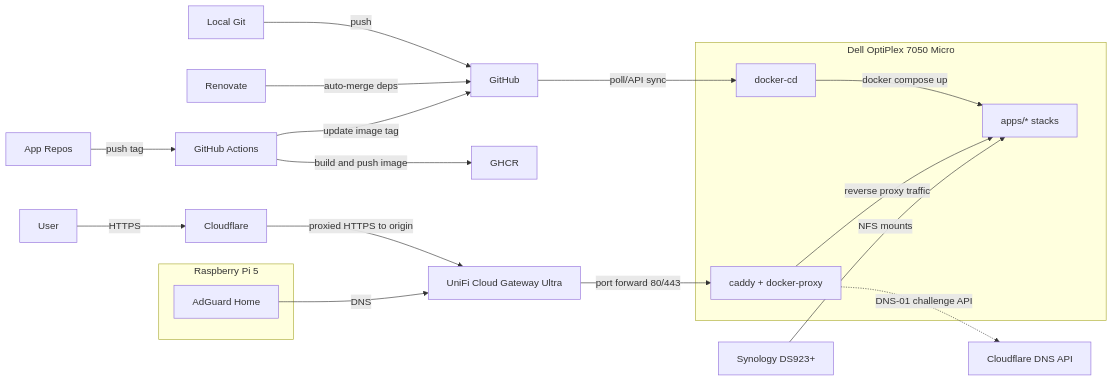
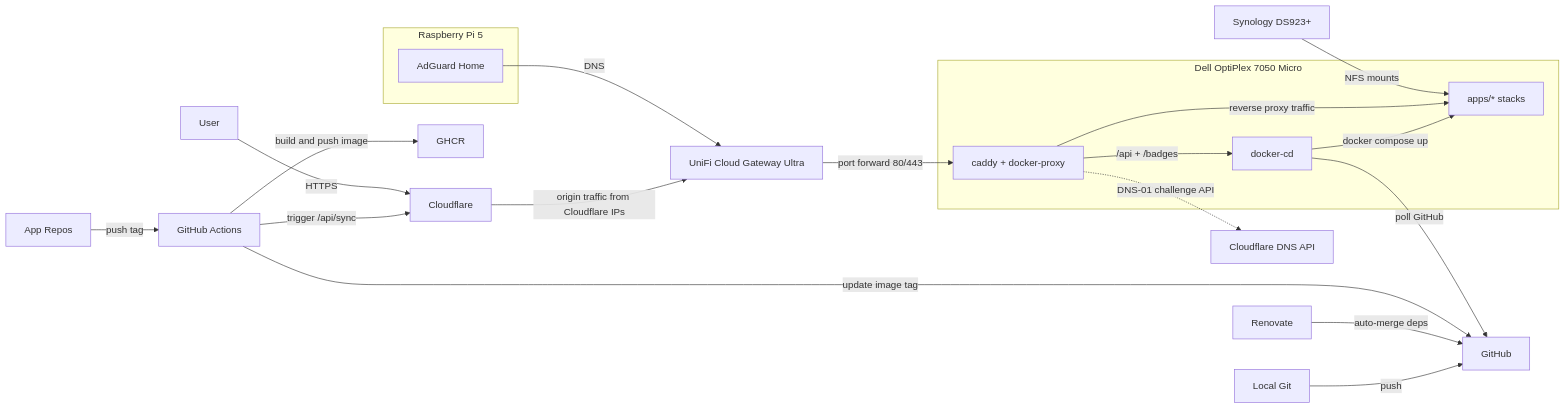
One commit to wajeht/home-ops changed the diagram in README.md. Above: the diagram before and after it, drawn with Mermaid.

Commit message:
docs: update architecture diagram to reflect current state

````diff
--- a/README.md
+++ b/README.md
@@ -16,29 +16,31 @@
 ```mermaid
 flowchart LR
     subgraph dell[Dell OptiPlex 7050 Micro]
         docker_cd[docker-cd]
         caddy[caddy + docker-proxy]
         apps[apps/* stacks]
     end
 
     subgraph pi[Raspberry Pi 5]
         adguard[AdGuard Home]
     end
 
     local_git[Local Git] -->|push| github[GitHub]
     app_repo[App Repos] -->|push tag| actions[GitHub Actions]
     renovate[Renovate] -->|auto-merge deps| github
     actions -->|build and push image| ghcr[GHCR]
     actions -->|update image tag| github
-    github -->|poll/API sync| docker_cd
+    docker_cd -->|poll GitHub| github
+    actions -->|trigger /api/sync| cloudflare
 
     user[User] -->|HTTPS| cloudflare[Cloudflare]
-    cloudflare -->|proxied HTTPS to origin| unifi[UniFi Cloud Gateway Ultra]
+    cloudflare -->|origin traffic from Cloudflare IPs| unifi[UniFi Cloud Gateway Ultra]
     adguard -->|DNS| unifi
 
     docker_cd -->|docker compose up| apps
     caddy -->|reverse proxy traffic| apps
+    caddy -->|/api + /badges| docker_cd
     unifi -->|port forward 80/443| caddy
     caddy -.->|DNS-01 challenge API| cloudflare_dns[Cloudflare DNS API]
     nas[Synology DS923+] -->|NFS mounts| apps
 ```
````
